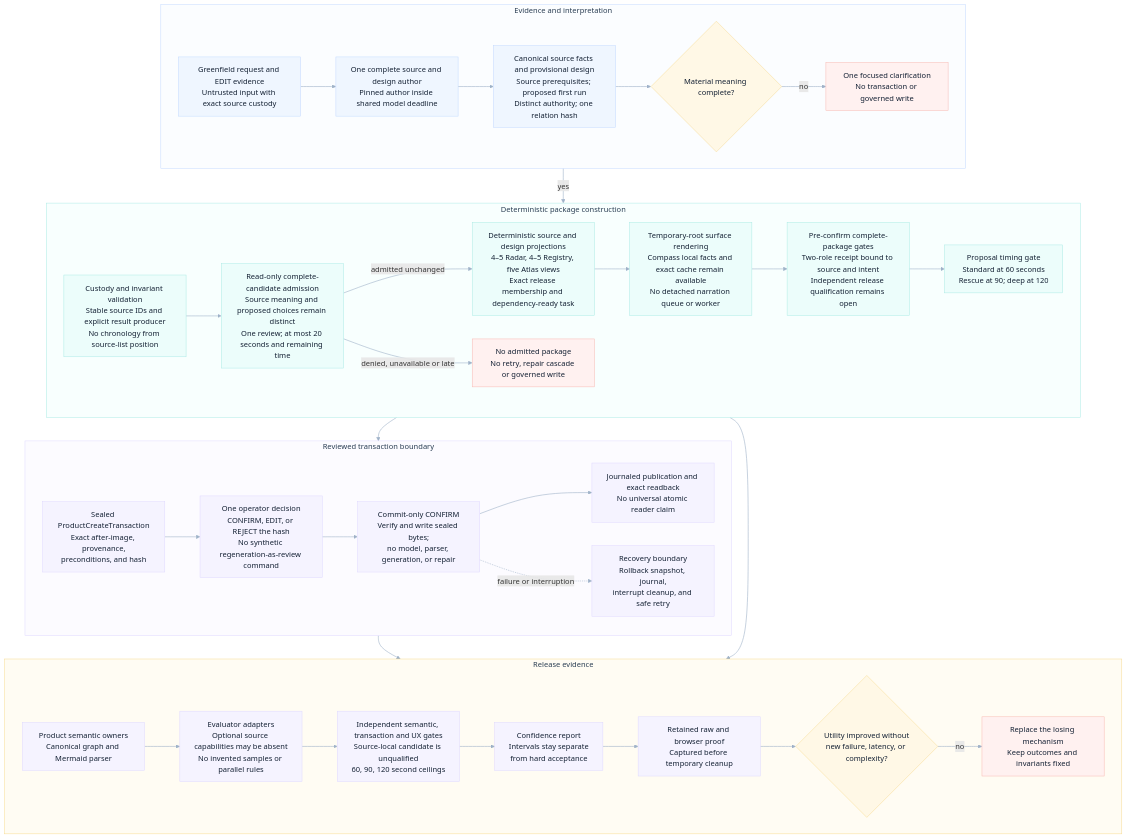
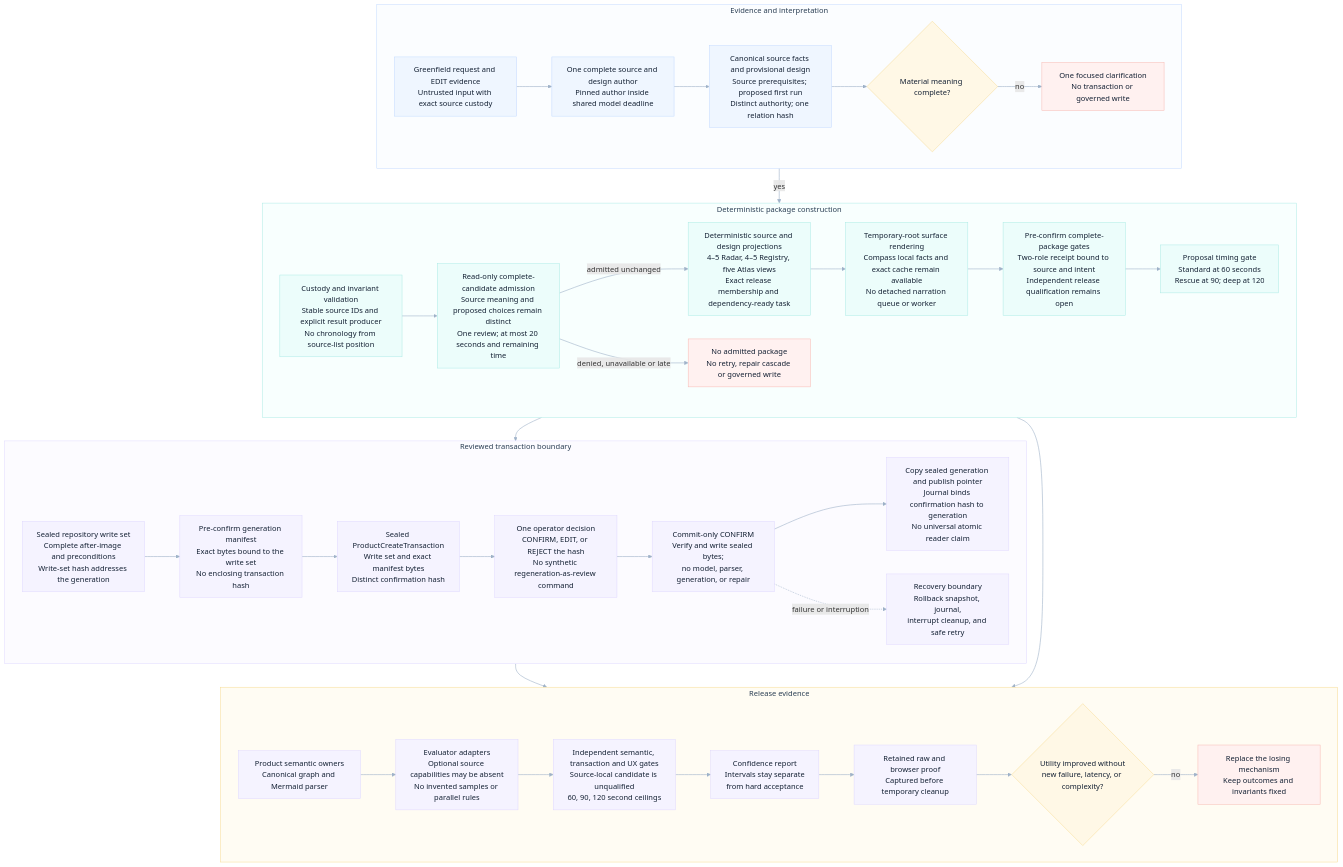
One commit to odylith/odylith changed the diagram in odylith/atlas/source/domain-intelligence-greenfield-governance.mmd. Above: the diagram before and after it, drawn with Mermaid. The commit also changed 73 other files, not shown here.

Commit message:
Seal immutable generation manifests before confirmation

```diff
--- a/odylith/atlas/source/domain-intelligence-greenfield-governance.mmd
+++ b/odylith/atlas/source/domain-intelligence-greenfield-governance.mmd
@@ -1,71 +1,73 @@
 flowchart TB
     subgraph evidence_lane["Evidence and interpretation"]
       direction LR
       request["Greenfield request and EDIT evidence<br/>Untrusted input with exact source custody"]
       model_pass["One complete source and design author<br/>Pinned author inside shared model deadline"]
       typed_graph["Canonical source facts and provisional design<br/>Source prerequisites; proposed first run<br/>Distinct authority; one relation hash"]
       ambiguity{"Material meaning complete?"}
       clarify["One focused clarification<br/>No transaction or governed write"]
       request --> model_pass --> typed_graph --> ambiguity
       ambiguity -- "no" --> clarify
     end
 
     subgraph projection_lane["Deterministic package construction"]
       direction LR
       custody["Custody and invariant validation<br/>Stable source IDs and explicit result producer<br/>No chronology from source-list position"]
       review["Read-only complete-candidate admission<br/>Source meaning and proposed choices remain distinct<br/>One review; at most 20 seconds and remaining time"]
       denied["No admitted package<br/>No retry, repair cascade or governed write"]
       projections["Deterministic source and design projections<br/>4–5 Radar, 4–5 Registry, five Atlas views<br/>Exact release membership and dependency-ready task"]
       staged_surfaces["Temporary-root surface rendering<br/>Compass local facts and exact cache remain available<br/>No detached narration queue or worker"]
       quality["Pre-confirm complete-package gates<br/>Two-role receipt bound to source and intent<br/>Independent release qualification remains open"]
       timing["Proposal timing gate<br/>Standard at 60 seconds<br/>Rescue at 90; deep at 120"]
       custody --> review
       review -- "admitted unchanged" --> projections --> staged_surfaces --> quality --> timing
       review -- "denied, unavailable or late" --> denied
     end
 
     subgraph transaction_lane["Reviewed transaction boundary"]
       direction LR
-      sealed["Sealed ProductCreateTransaction<br/>Exact after-image, provenance,<br/>preconditions, and hash"]
+      write_set["Sealed repository write set<br/>Complete after-image and preconditions<br/>Write-set hash addresses the generation"]
+      generation_manifest["Pre-confirm generation manifest<br/>Exact bytes bound to the write set<br/>No enclosing transaction hash"]
+      sealed["Sealed ProductCreateTransaction<br/>Write set and exact manifest bytes<br/>Distinct confirmation hash"]
       decision["One operator decision<br/>CONFIRM, EDIT, or REJECT the hash<br/>No synthetic regeneration-as-review command"]
       confirm["Commit-only CONFIRM<br/>Verify and write sealed bytes;<br/>no model, parser, generation, or repair"]
-      publish["Journaled publication and exact readback<br/>No universal atomic reader claim"]
+      publish["Copy sealed generation and publish pointer<br/>Journal binds confirmation hash to generation<br/>No universal atomic reader claim"]
       recovery["Recovery boundary<br/>Rollback snapshot, journal,<br/>interrupt cleanup, and safe retry"]
-      sealed --> decision --> confirm --> publish
+      write_set --> generation_manifest --> sealed --> decision --> confirm --> publish
       confirm -. "failure or interruption" .-> recovery
     end
 
     subgraph proof_lane["Release evidence"]
       direction LR
       owners["Product semantic owners<br/>Canonical graph and Mermaid parser"]
       evaluator["Evaluator adapters<br/>Optional source capabilities may be absent<br/>No invented samples or parallel rules"]
       acceptance["Independent semantic, transaction and UX gates<br/>Source-local candidate is unqualified<br/>60, 90, 120 second ceilings"]
       confidence["Confidence report<br/>Intervals stay separate<br/>from hard acceptance"]
       retained["Retained raw and browser proof<br/>Captured before temporary cleanup"]
       drift{"Utility improved without<br/>new failure, latency, or complexity?"}
       replace["Replace the losing mechanism<br/>Keep outcomes and invariants fixed"]
       owners --> evaluator --> acceptance --> confidence --> retained --> drift
       drift -- "no" --> replace
     end
 
     ambiguity -- "yes" --> custody
-    timing --> sealed
+    timing --> write_set
     quality --> evaluator
     publish --> retained
 
     classDef primary fill:#EFF6FF,stroke:#BFD7FE,color:#132033,stroke-width:1px;
     classDef execution fill:#ECFDFB,stroke:#A7E9E3,color:#132033,stroke-width:1px;
     classDef governance fill:#F5F3FF,stroke:#DDD6FE,color:#132033,stroke-width:1px;
     classDef constraint fill:#FFF8E6,stroke:#F6D98B,color:#132033,stroke-width:1px;
     classDef invalid fill:#FFF1F0,stroke:#F7B4AE,color:#132033,stroke-width:1px;
     class request,model_pass,typed_graph primary;
     class custody,review,projections,staged_surfaces,quality,timing execution;
-    class sealed,decision,confirm,publish,recovery,owners,evaluator,acceptance,confidence,retained governance;
+    class write_set,generation_manifest,sealed,decision,confirm,publish,recovery,owners,evaluator,acceptance,confidence,retained governance;
     class ambiguity,drift constraint;
     class clarify,denied,replace invalid;
 
     style evidence_lane fill:#FBFDFF,stroke:#BFD7FE,stroke-width:1px,color:#293D52
     style projection_lane fill:#F8FFFE,stroke:#A7E9E3,stroke-width:1px,color:#293D52
     style transaction_lane fill:#FCFBFF,stroke:#DDD6FE,stroke-width:1px,color:#293D52
     style proof_lane fill:#FFFCF3,stroke:#F6D98B,stroke-width:1px,color:#293D52
     linkStyle default stroke:#9FB2C8,stroke-width:1.25px
```
